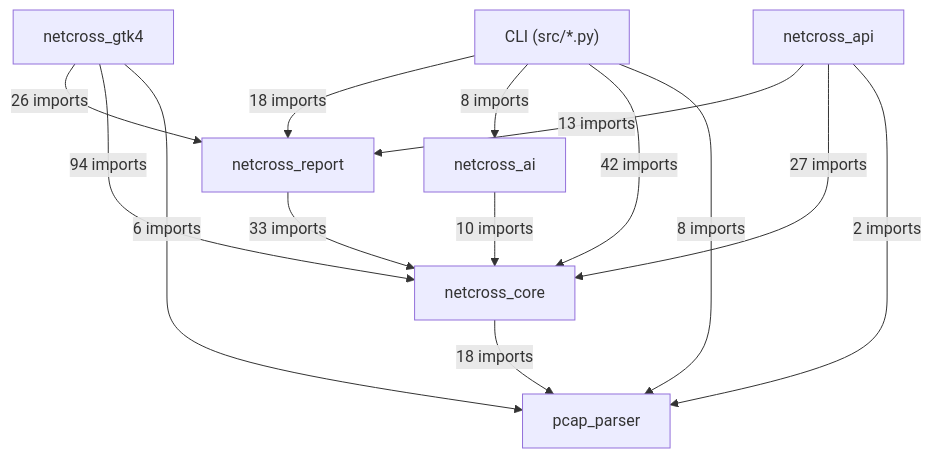
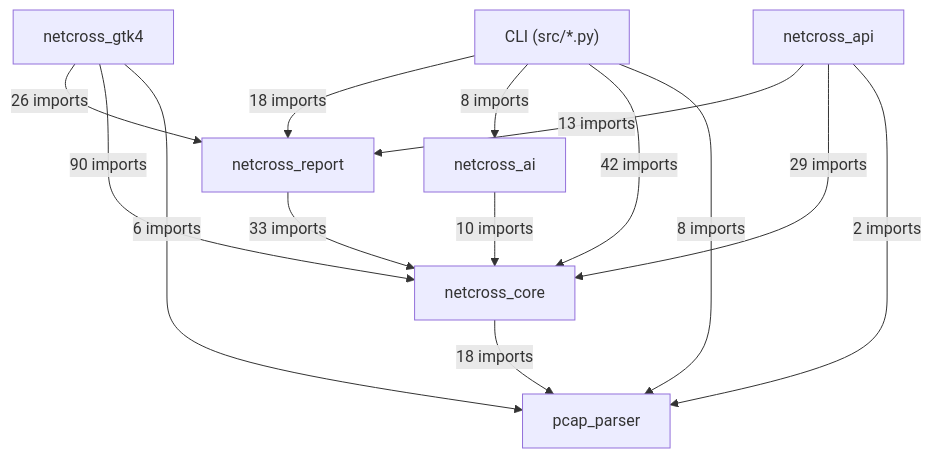
The first of 19 diagrams in docs/class-diagram.md (Mathide-Team/Netcross), drawn with Mermaid before and after one commit. The commit also changed other lines of this file and 9 other files, not shown here.

````diff
--- a/docs/class-diagram.md
+++ b/docs/class-diagram.md
@@ -26,23 +26,23 @@
 ```mermaid
 flowchart TD
     CLI["CLI (src/*.py)"]
     netcross_gtk4["netcross_gtk4"]
     netcross_api["netcross_api"]
     netcross_report["netcross_report"]
     netcross_ai["netcross_ai"]
     netcross_core["netcross_core"]
     pcap_parser["pcap_parser"]
     CLI -->|"18 imports"| netcross_report
     CLI -->|"8 imports"| netcross_ai
     CLI -->|"42 imports"| netcross_core
     CLI -->|"8 imports"| pcap_parser
     netcross_gtk4 -->|"26 imports"| netcross_report
-    netcross_gtk4 -->|"94 imports"| netcross_core
+    netcross_gtk4 -->|"90 imports"| netcross_core
     netcross_gtk4 -->|"6 imports"| pcap_parser
     netcross_api -->|"13 imports"| netcross_report
-    netcross_api -->|"27 imports"| netcross_core
+    netcross_api -->|"29 imports"| netcross_core
     netcross_api -->|"2 imports"| pcap_parser
     netcross_report -->|"33 imports"| netcross_core
     netcross_ai -->|"10 imports"| netcross_core
     netcross_core -->|"18 imports"| pcap_parser
 ```
````
